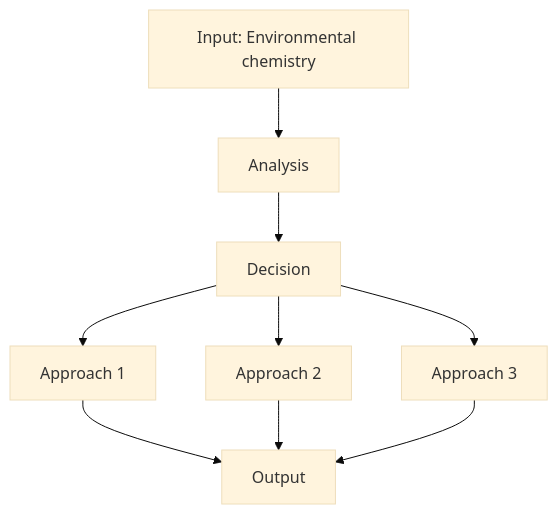
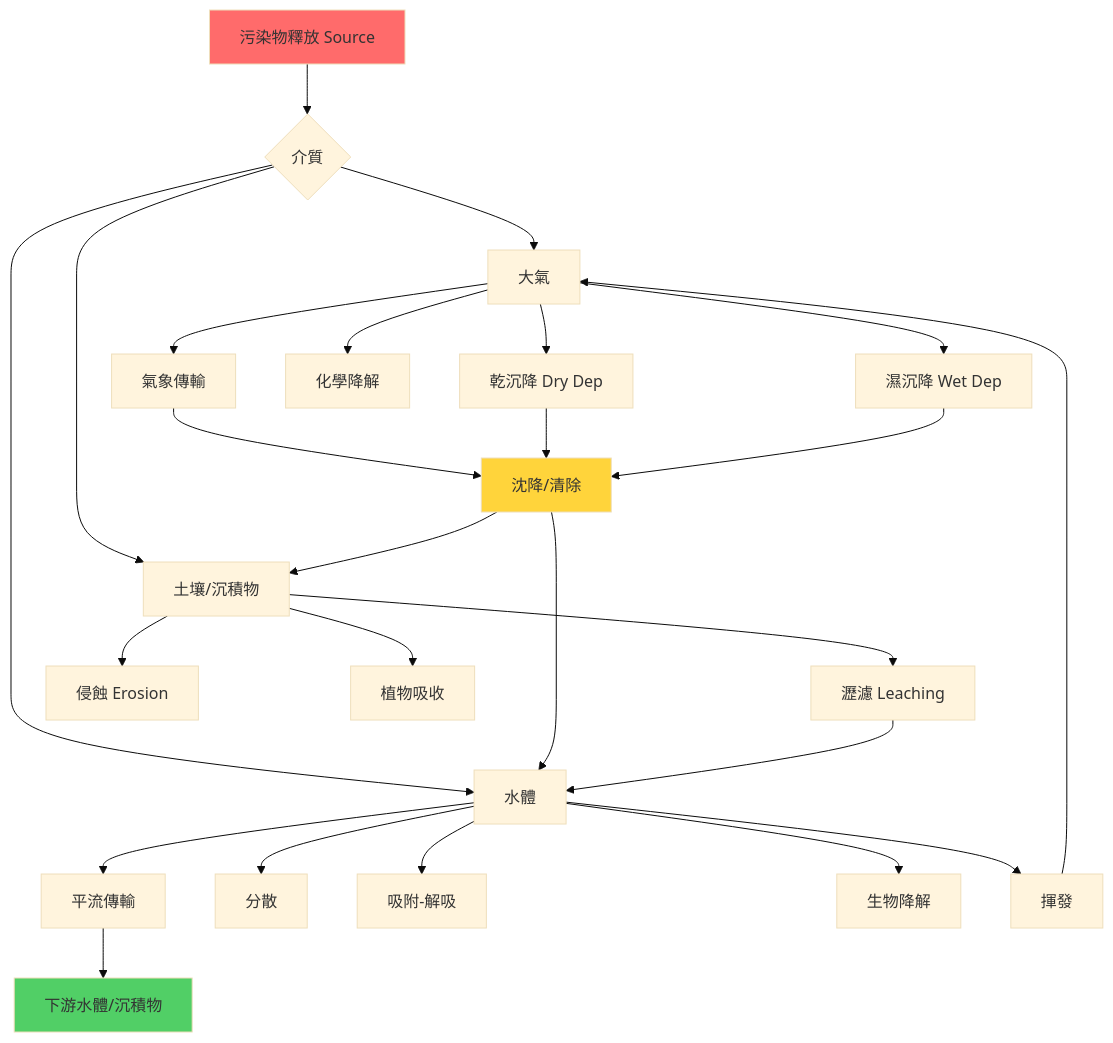
Before and after one commit to yip-lgtm/civil-bootcamp: the second of 5 diagrams in MIT_CEE_Core/Track_1_Environment/Fluids_Transport_Engineering/03_1.080_Environmental_Chemistry.md, drawn with Mermaid (base theme). The commit also changed other lines of this file and 6 other files, not shown here.

````diff
--- a/MIT_CEE_Core/Track_1_Environment/Fluids_Transport_Engineering/03_1.080_Environmental_Chemistry.md
+++ b/MIT_CEE_Core/Track_1_Environment/Fluids_Transport_Engineering/03_1.080_Environmental_Chemistry.md
@@ -95,11 +760,34 @@
 ```mermaid
-graph TD
-    A[Input: Environmental chemistry] --> B[Analysis]
-    B --> C[Decision]
-    C --> D[Approach 1]
-    C --> E[Approach 2]
-    C --> F[Approach 3]
-    D --> G[Output]
-    E --> G
-    F --> G
+flowchart TD
+    A[污染物釋放 Source] --> B{介質}
+    B --> C[大氣]
+    B --> D[水體]
+    B --> E[土壤/沉積物]
+    
+    C --> C1[氣象傳輸]
+    C --> C2[乾沉降 Dry Dep]
+    C --> C3[濕沉降 Wet Dep]
+    C --> C4[化學降解]
+    C1 --> C5[沈降/清除]
+    C2 --> C5
+    C3 --> C5
+    C5 --> D
+    C5 --> E
+    
+    D --> D1[平流傳輸]
+    D --> D2[分散]
+    D --> D3[吸附-解吸]
+    D --> D4[生物降解]
+    D --> D5[揮發]
+    D1 --> D6[下游水體/沉積物]
+    D5 --> C
+    
+    E --> E1[瀝濾 Leaching]
+    E --> E2[侵蝕 Erosion]
+    E --> E3[植物吸收]
+    E1 --> D
+    
+    style A fill:#ff6b6b
+    style D6 fill:#51cf66
+    style C5 fill:#ffd43b
 ```
````
